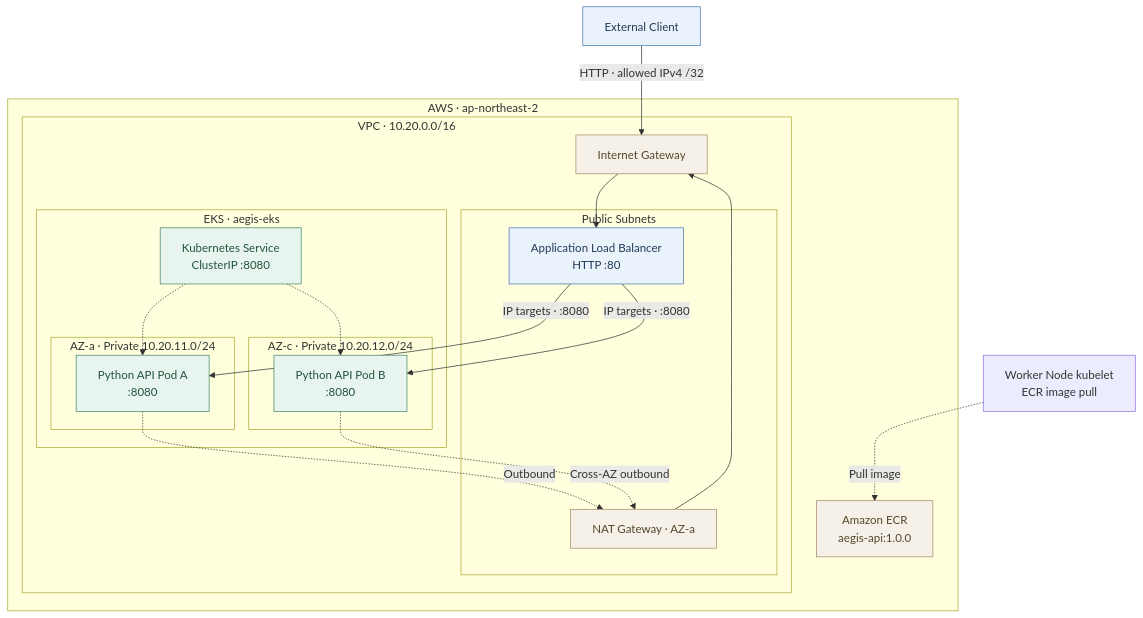
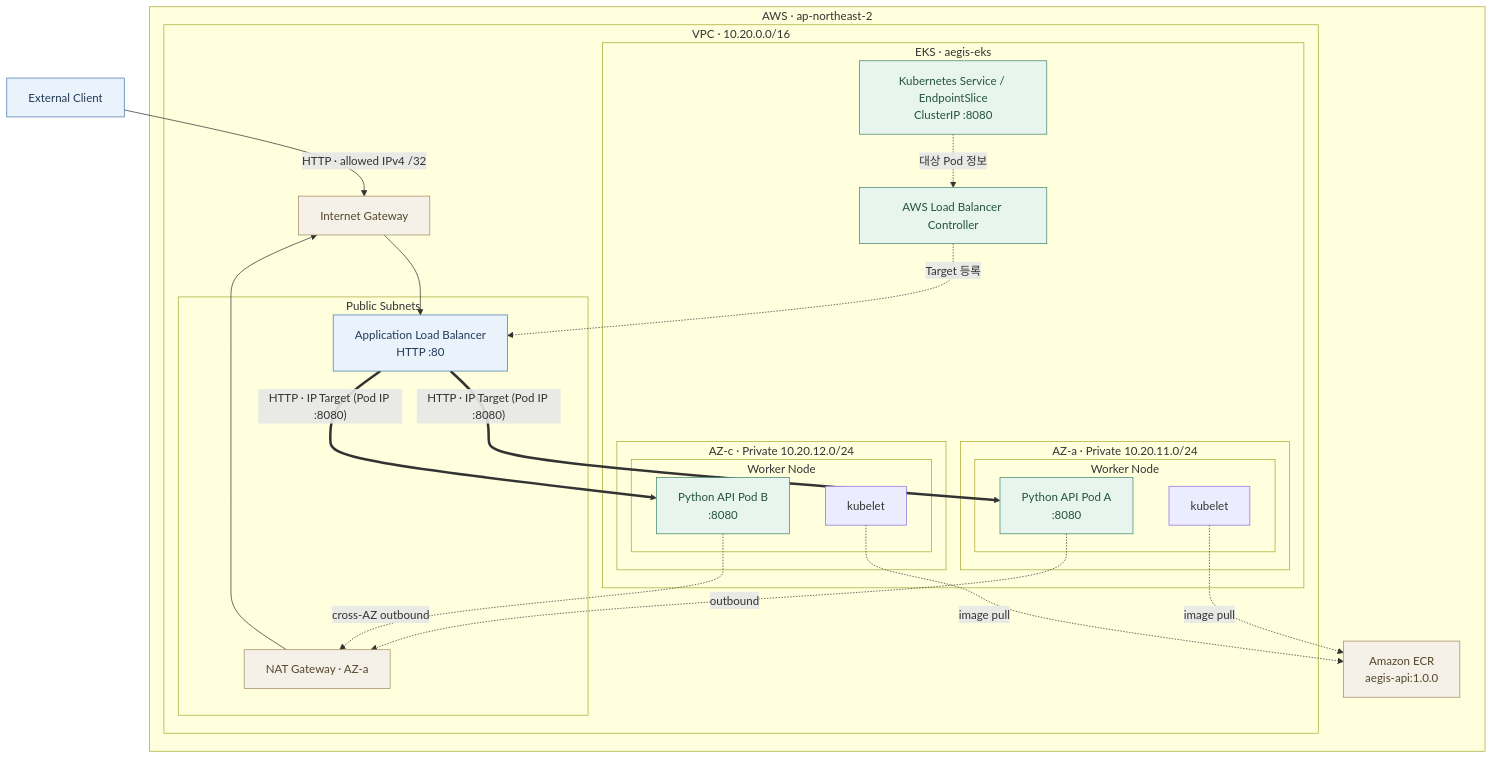
Before and after one commit to wogur202/infrastructure-engineering-lab: the diagram in investigations/06-aws-eks-infrastructure/diagrams/architecture.mmd, drawn with Mermaid. The commit also changed 1 other file, not shown here.

Commit message:
docs(06): 도입 정리, NAT 판단 앞으로, 아키텍처 연결 관계 보정, EIP 복구 구성, 한계 재배치, Target Group 표현 수정
Claude-Session: https://claude.ai/code/session_01THVHfcYc1zeUwNdubx3xkc

```diff
--- a/investigations/06-aws-eks-infrastructure/diagrams/architecture.mmd
+++ b/investigations/06-aws-eks-infrastructure/diagrams/architecture.mmd
@@ -1,48 +1,55 @@
 flowchart TB
     USER["External Client"]
 
     subgraph AWS["AWS · ap-northeast-2"]
         ECR["Amazon ECR<br/>aegis-api:1.0.0"]
 
         subgraph VPC["VPC · 10.20.0.0/16"]
             IGW["Internet Gateway"]
 
             subgraph PUBLIC["Public Subnets"]
                 ALB["Application Load Balancer<br/>HTTP :80"]
                 NAT["NAT Gateway · AZ-a"]
             end
 
             subgraph EKS["EKS · aegis-eks"]
-                SVC["Kubernetes Service<br/>ClusterIP :8080"]
+                SVC["Kubernetes Service / EndpointSlice<br/>ClusterIP :8080"]
+                CTRL["AWS Load Balancer Controller"]
 
                 subgraph AZA["AZ-a · Private 10.20.11.0/24"]
-                    PODA["Python API Pod A<br/>:8080"]
+                    subgraph NODEA["Worker Node"]
+                        KA["kubelet"]
+                        PODA["Python API Pod A<br/>:8080"]
+                    end
                 end
 
                 subgraph AZC["AZ-c · Private 10.20.12.0/24"]
-                    PODB["Python API Pod B<br/>:8080"]
+                    subgraph NODEC["Worker Node"]
+                        KC["kubelet"]
+                        PODB["Python API Pod B<br/>:8080"]
+                    end
                 end
             end
         end
     end
 
     USER -->|"HTTP · allowed IPv4 /32"| IGW
     IGW --> ALB
-    ALB -->|"IP targets · :8080"| PODA
-    ALB -->|"IP targets · :8080"| PODB
+    ALB ==>|"HTTP · IP Target (Pod IP :8080)"| PODA
+    ALB ==>|"HTTP · IP Target (Pod IP :8080)"| PODB
 
-    SVC -.-> PODA
-    SVC -.-> PODB
-    KUBELET["Worker Node kubelet<br/>ECR image pull"]
-    KUBELET -.->|"Pull image"| ECR
-    PODA -.->|"Outbound"| NAT
-    PODB -.->|"Cross-AZ outbound"| NAT
+    SVC -.->|"대상 Pod 정보"| CTRL
+    CTRL -.->|"Target 등록"| ALB
+    KA -.->|"image pull"| ECR
+    KC -.->|"image pull"| ECR
+    PODA -.->|"outbound"| NAT
+    PODB -.->|"cross-AZ outbound"| NAT
     NAT --> IGW
 
     classDef frontend fill:#eaf2fc,stroke:#4778ac,color:#243b56
     classDef workload fill:#e8f5ee,stroke:#43876d,color:#245340
     classDef network fill:#f5f1e9,stroke:#a58c62,color:#55462b
 
     class USER,ALB frontend
-    class PODA,PODB,SVC workload
+    class PODA,PODB,SVC,CTRL workload
     class IGW,NAT,ECR network
```
